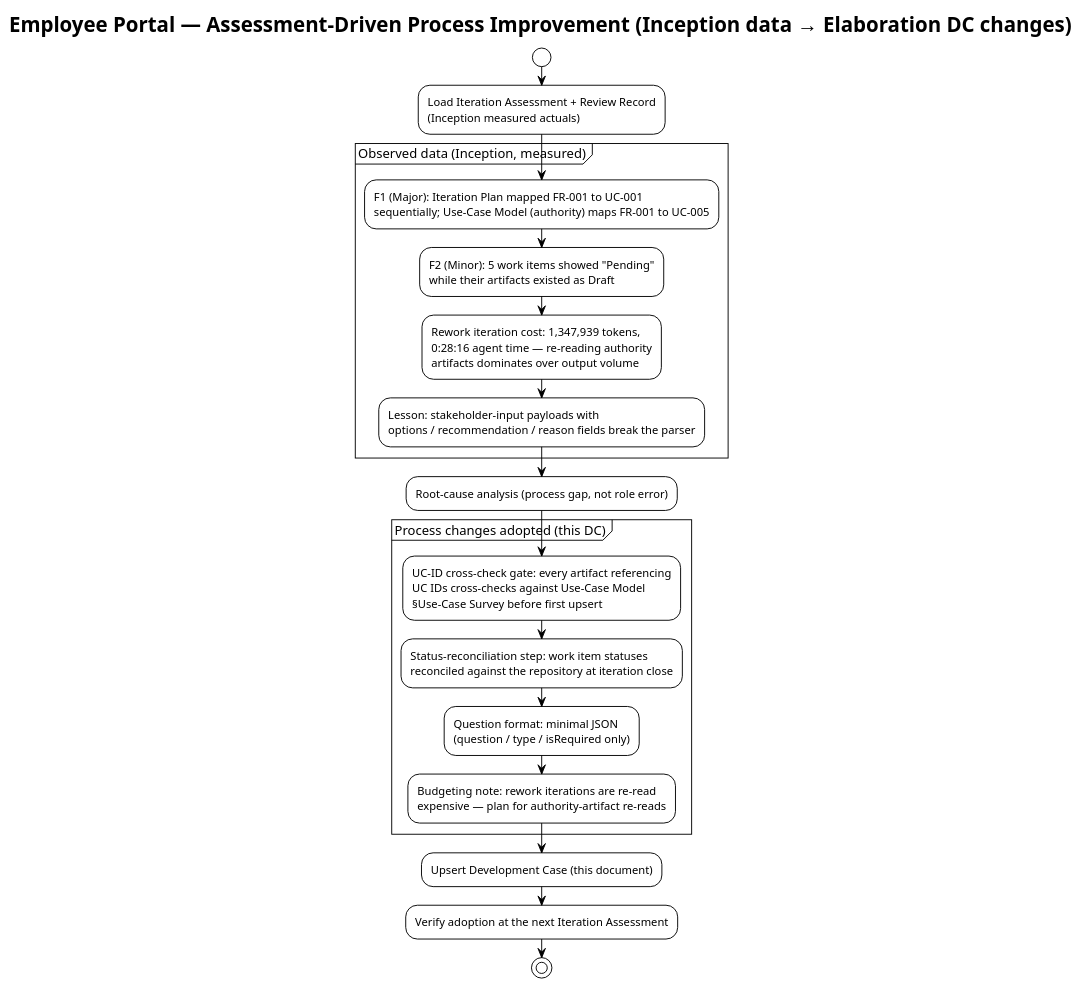
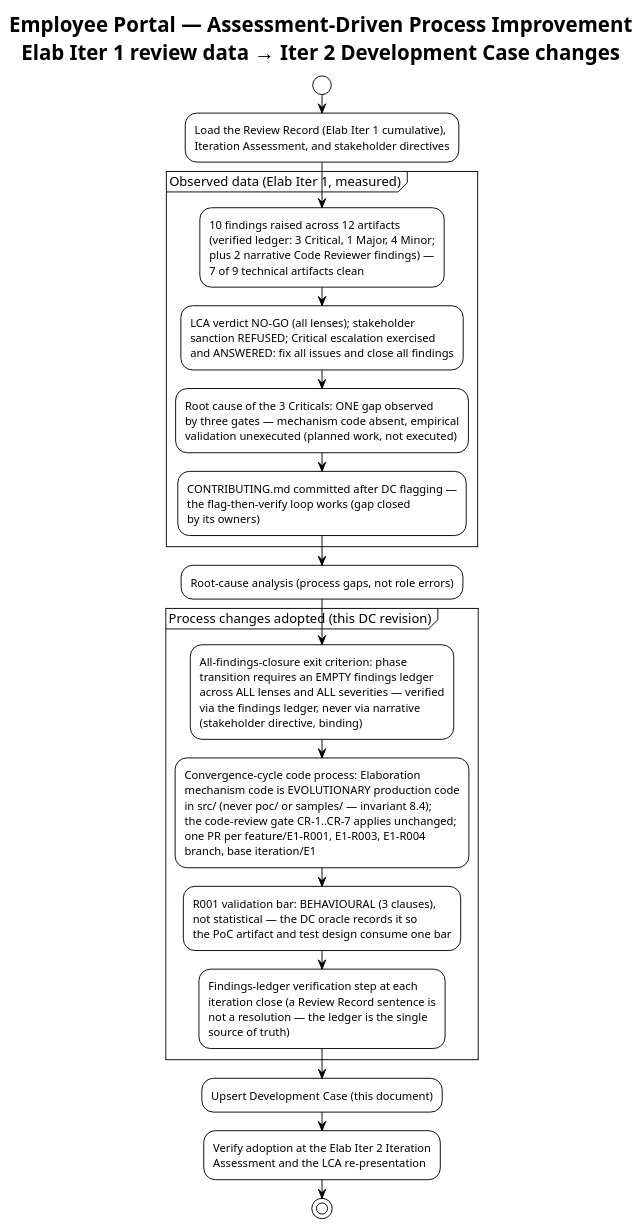
Before and after one commit to banense-test/employee-portal: the fourth of 4 diagrams in docs/artifacts/environment/development-case.md, drawn with PlantUML. The commit also changed other lines of this file, not shown here.

First line of the commit message:
Process Engineer [E2]: upsert Development Case

````diff
--- a/docs/artifacts/environment/development-case.md
+++ b/docs/artifacts/environment/development-case.md
@@ -347,36 +366,26 @@
 ```plantuml
 @startuml
 !theme plain
-title Employee Portal — Assessment-Driven Process Improvement (Inception data → Elaboration DC changes)
+title Employee Portal — Assessment-Driven Process Improvement\nElab Iter 1 review data → Iter 2 Development Case changes
 
 start
-:Load Iteration Assessment + Review Record
-(Inception measured actuals);
-partition "Observed data (Inception, measured)" {
-  :F1 (Major): Iteration Plan mapped FR-001 to UC-001
-sequentially; Use-Case Model (authority) maps FR-001 to UC-005;
-  :F2 (Minor): 5 work items showed "Pending"
-while their artifacts existed as Draft;
-  :Rework iteration cost: 1,347,939 tokens,
-0:28:16 agent time — re-reading authority
-artifacts dominates over output volume;
-  :Lesson: stakeholder-input payloads with
-options / recommendation / reason fields break the parser;
+:Load the Review Record (Elab Iter 1 cumulative),
+Iteration Assessment, and stakeholder directives;
+partition "Observed data (Elab Iter 1, measured)" {
+  :10 findings raised across 12 artifacts\n(verified ledger: 3 Critical, 1 Major, 4 Minor;\nplus 2 narrative Code Reviewer findings) —\n7 of 9 technical artifacts clean;
+  :LCA verdict NO-GO (all lenses); stakeholder\nsanction REFUSED; Critical escalation exercised\nand ANSWERED: fix all issues and close all findings;
+  :Root cause of the 3 Criticals: ONE gap observed\nby three gates — mechanism code absent, empirical\nvalidation unexecuted (planned work, not executed);
+  :CONTRIBUTING.md committed after DC flagging —\nthe flag-then-verify loop works (gap closed\nby its owners);
 }
-:Root-cause analysis (process gap, not role error);
-partition "Process changes adopted (this DC)" {
-  :UC-ID cross-check gate: every artifact referencing
-UC IDs cross-checks against Use-Case Model
-§Use-Case Survey before first upsert;
-  :Status-reconciliation step: work item statuses
-reconciled against the repository at iteration close;
-  :Question format: minimal JSON
-(question / type / isRequired only);
-  :Budgeting note: rework iterations are re-read
-expensive — plan for authority-artifact re-reads;
+:Root-cause analysis (process gaps, not role errors);
+partition "Process changes adopted (this DC revision)" {
+  :All-findings-closure exit criterion: phase\ntransition requires an EMPTY findings ledger\nacross ALL lenses and ALL severities — verified\nvia the findings ledger, never via narrative\n(stakeholder directive, binding);
+  :Convergence-cycle code process: Elaboration\nmechanism code is EVOLUTIONARY production code\nin src/ (never poc/ or samples/ — invariant 8.4);\nthe code-review gate CR-1..CR-7 applies unchanged;\none PR per feature/E1-R001, E1-R003, E1-R004\nbranch, base iteration/E1;
+  :R001 validation bar: BEHAVIOURAL (3 clauses),\nnot statistical — the DC oracle records it so\nthe PoC artifact and test design consume one bar;
+  :Findings-ledger verification step at each\niteration close (a Review Record sentence is\nnot a resolution — the ledger is the single\nsource of truth);
 }
 :Upsert Development Case (this document);
-:Verify adoption at the next Iteration Assessment;
+:Verify adoption at the Elab Iter 2 Iteration\nAssessment and the LCA re-presentation;
 stop
 @enduml
 ```
````
